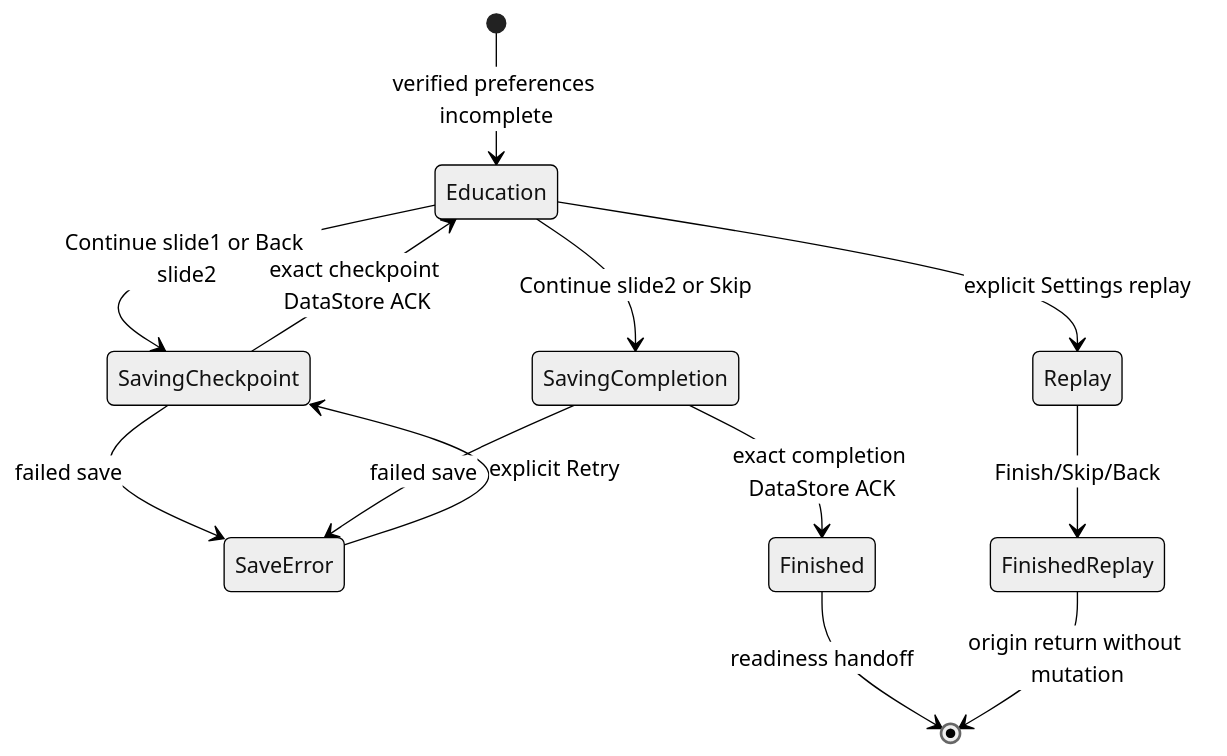
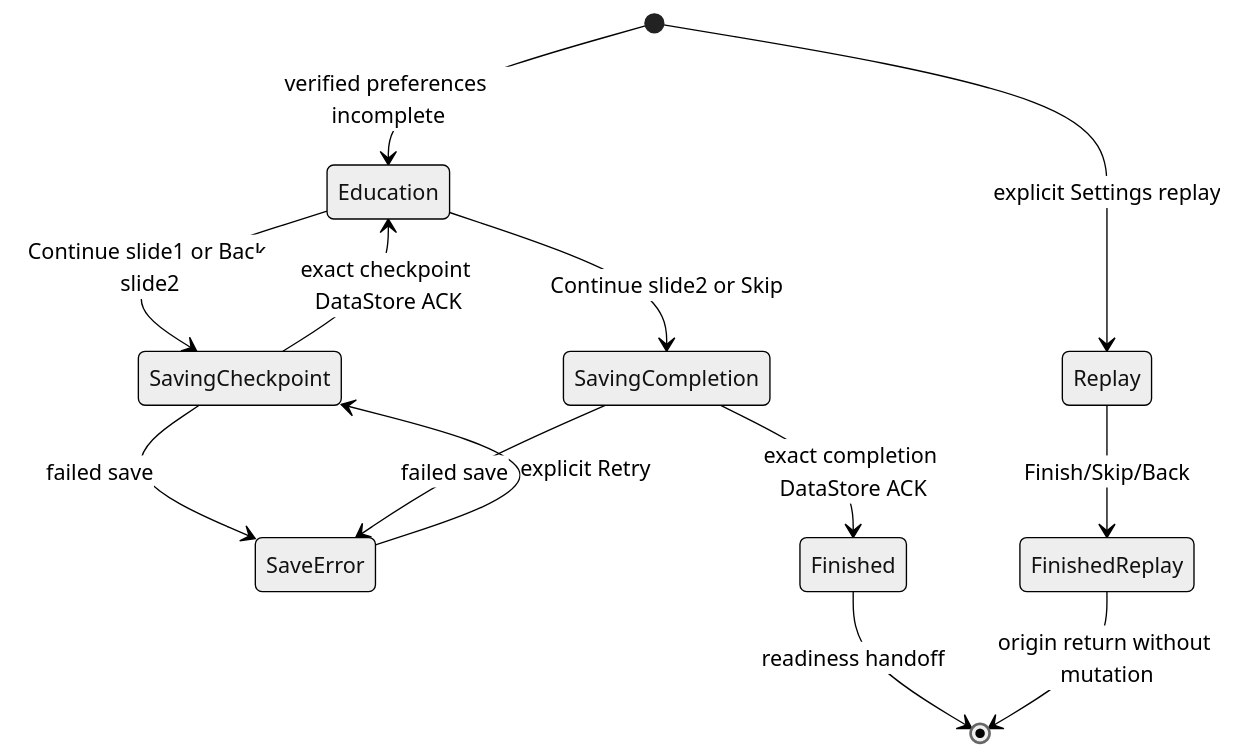
The first of 2 diagrams in docs/implementation/ISSUE_5_PHASE2_STATE_MACHINE_AND_PERMISSION_CONTRACTS.md (latticeward-labs/music-copilot), drawn with Mermaid (neutral theme) before and after one commit. The commit also changed other lines of this file and 3 other files, not shown here.

````diff
--- a/docs/implementation/ISSUE_5_PHASE2_STATE_MACHINE_AND_PERMISSION_CONTRACTS.md
+++ b/docs/implementation/ISSUE_5_PHASE2_STATE_MACHINE_AND_PERMISSION_CONTRACTS.md
@@ -21,15 +21,15 @@
 ```mermaid
 stateDiagram-v2
     [*] --> Education: verified preferences incomplete
     Education --> SavingCheckpoint: Continue slide1 or Back slide2
     SavingCheckpoint --> Education: exact checkpoint DataStore ACK
     SavingCheckpoint --> SaveError: failed save
     SaveError --> SavingCheckpoint: explicit Retry
     Education --> SavingCompletion: Continue slide2 or Skip
     SavingCompletion --> Finished: exact completion DataStore ACK
     SavingCompletion --> SaveError: failed save
-    Education --> Replay: explicit Settings replay
+    [*] --> Replay: explicit Settings replay
     Replay --> FinishedReplay: Finish/Skip/Back
     Finished --> [*]: readiness handoff
     FinishedReplay --> [*]: origin return without mutation
 ```
````
